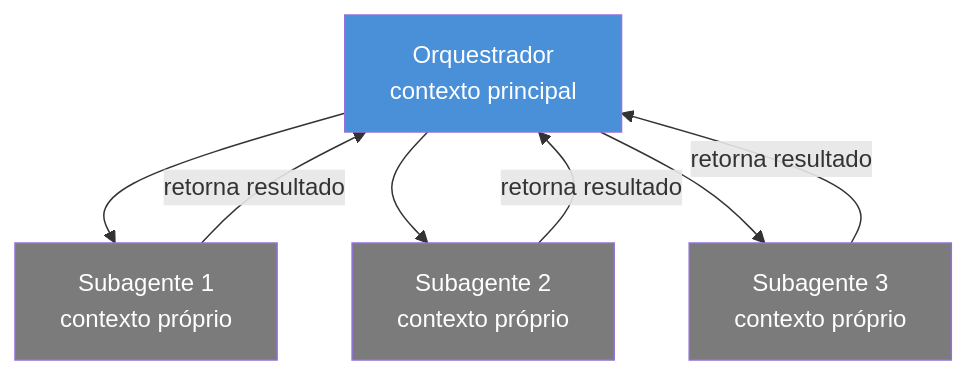
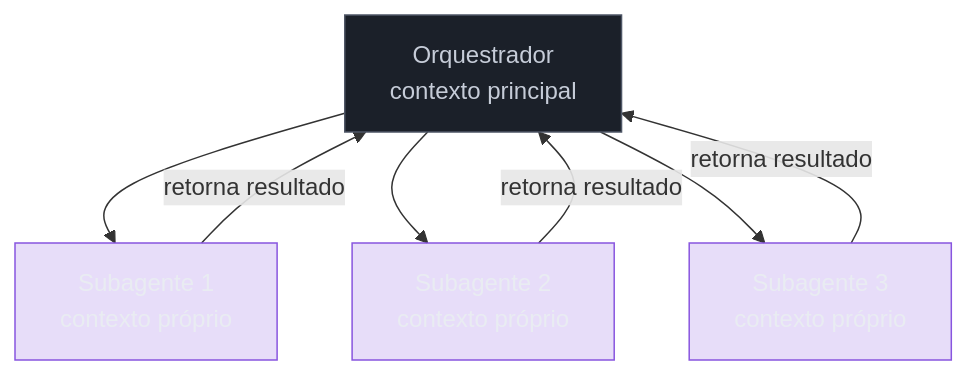
The second of 2 diagrams in 03-Dominios/Tecnologia/IA/Claude Code/Mental Model/06 - Compaction.md (josenaldo/codex-technomanticus), drawn with Mermaid before and after one commit. The commit also changed 1181 other files, not shown here.

First line of the commit message:
fix(diagramas): paleta do sistema no lugar de cor cravada no markdown

````diff
--- a/03-Dominios/Tecnologia/IA/Claude Code/Mental Model/06 - Compaction.md
+++ b/03-Dominios/Tecnologia/IA/Claude Code/Mental Model/06 - Compaction.md
@@ -223,15 +223,17 @@
 ```mermaid
 graph TD
+    classDef neutro fill:#1B2029,stroke:#4E5666,color:#C6CCD8
+    classDef marca fill:#8855DF33,stroke:#8855DF,color:#E9ECF2
     O[Orquestrador\n contexto principal] --> SA1[Subagente 1\n contexto próprio]
     O --> SA2[Subagente 2\n contexto próprio]
     O --> SA3[Subagente 3\n contexto próprio]
 
     SA1 -->|retorna resultado| O
     SA2 -->|retorna resultado| O
     SA3 -->|retorna resultado| O
 
-    style O fill:#4a90d9,color:#fff
-    style SA1 fill:#7b7b7b,color:#fff
-    style SA2 fill:#7b7b7b,color:#fff
-    style SA3 fill:#7b7b7b,color:#fff
+    class O neutro
+    class SA1 marca
+    class SA2 marca
+    class SA3 marca
 ```
````
